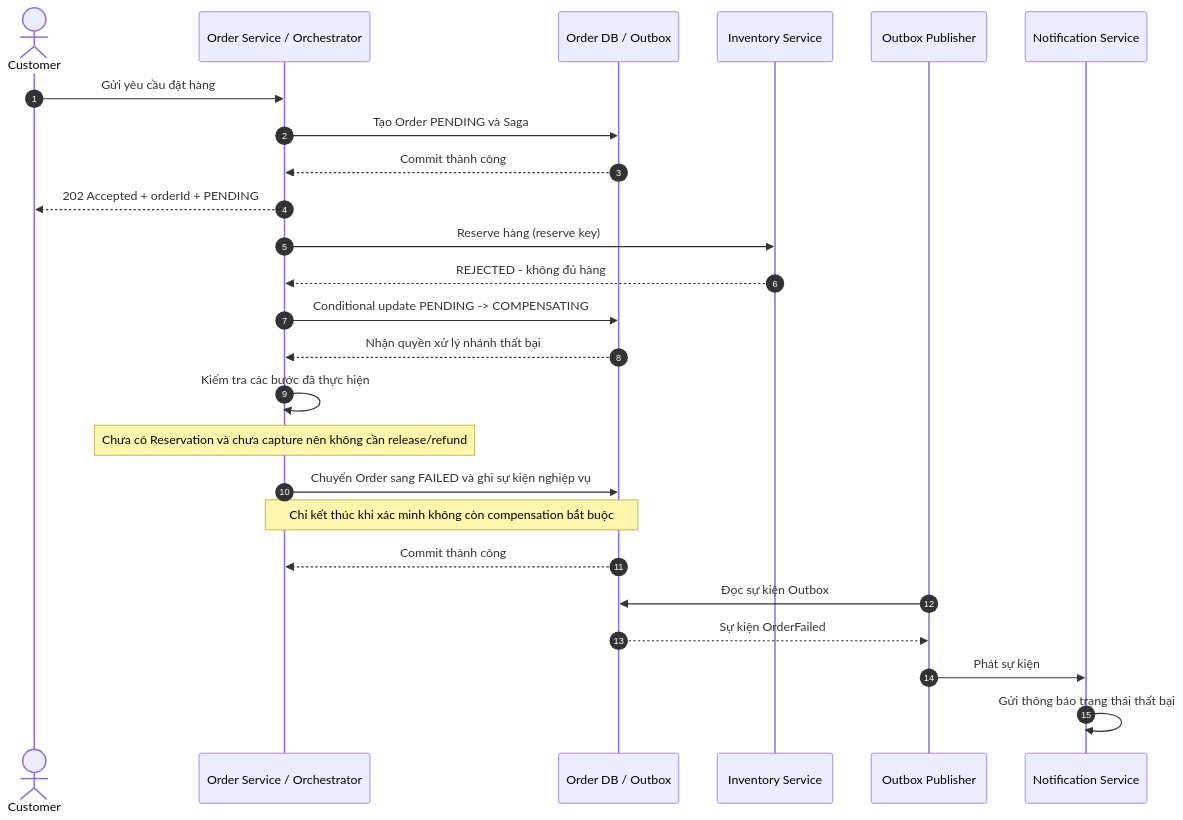
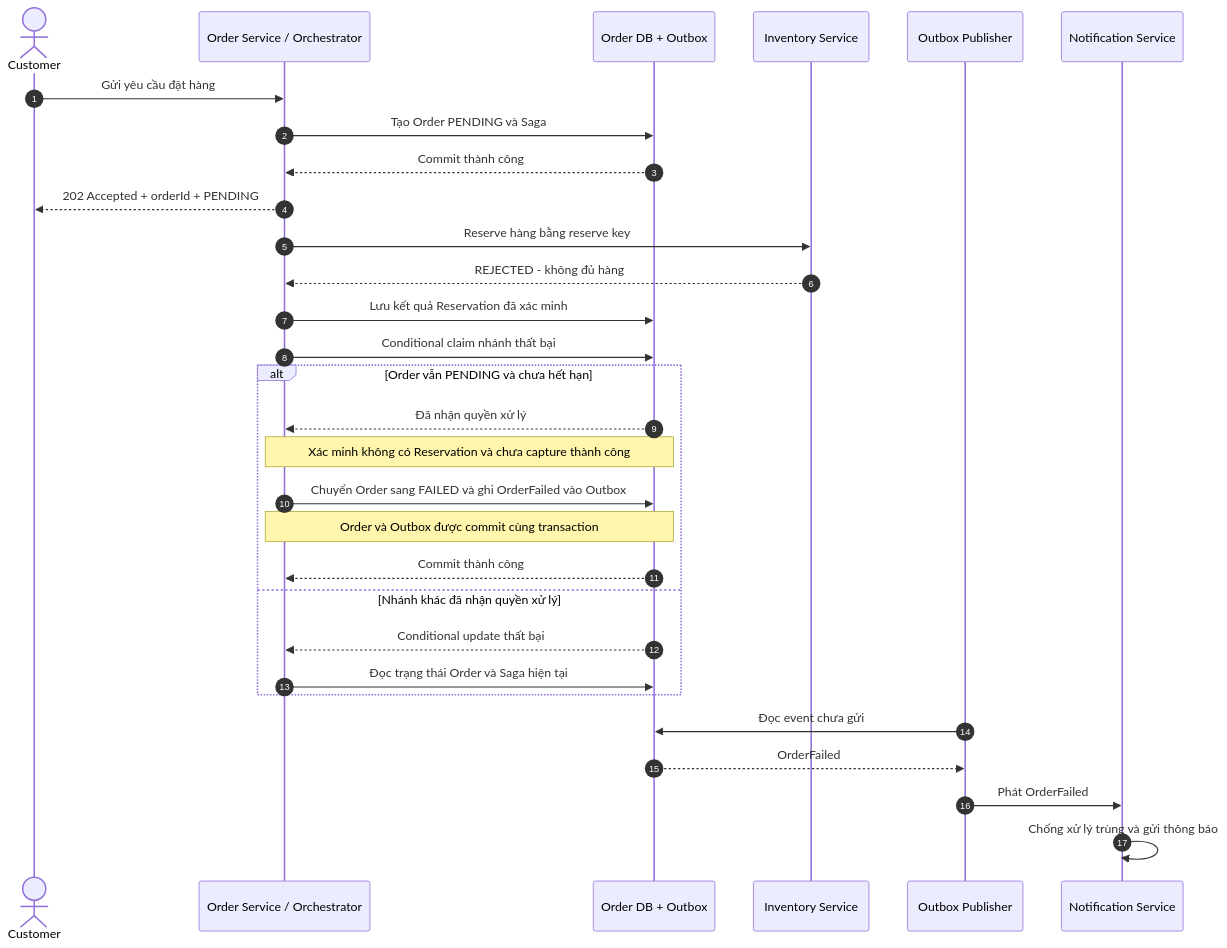
The second of 8 diagrams in docs/architecture/11-sequence-diagrams.md (nguyenthihuyenlinh236/SE2026-T02-Resilient-Order-Workflow), drawn with Mermaid before and after one commit. The commit also changed other lines of this file, not shown here.

````diff
--- a/docs/architecture/11-sequence-diagrams.md
+++ b/docs/architecture/11-sequence-diagrams.md
@@ -87,33 +104,36 @@
 ```mermaid
 sequenceDiagram
     autonumber
     actor C as Customer
     participant O as Order Service / Orchestrator
-    participant DB as Order DB / Outbox
+    participant DB as Order DB + Outbox
     participant I as Inventory Service
     participant PUB as Outbox Publisher
     participant N as Notification Service
 
     C->>O: Gửi yêu cầu đặt hàng
     O->>DB: Tạo Order PENDING và Saga
     DB-->>O: Commit thành công
     O-->>C: 202 Accepted + orderId + PENDING
 
-    O->>I: Reserve hàng (reserve key)
+    O->>I: Reserve hàng bằng reserve key
     I-->>O: REJECTED - không đủ hàng
+    O->>DB: Lưu kết quả Reservation đã xác minh
 
-    O->>DB: Conditional update PENDING -> COMPENSATING
-    DB-->>O: Nhận quyền xử lý nhánh thất bại
+    O->>DB: Conditional claim nhánh thất bại
+    alt Order vẫn PENDING và chưa hết hạn
+        DB-->>O: Đã nhận quyền xử lý
+        Note over O,DB: Xác minh không có Reservation và chưa capture thành công
+        O->>DB: Chuyển Order sang FAILED và ghi OrderFailed vào Outbox
+        Note over O,DB: Order và Outbox được commit cùng transaction
+        DB-->>O: Commit thành công
+    else Nhánh khác đã nhận quyền xử lý
+        DB-->>O: Conditional update thất bại
+        O->>DB: Đọc trạng thái Order và Saga hiện tại
+    end
 
-    O->>O: Kiểm tra các bước đã thực hiện
-    Note over O: Chưa có Reservation và chưa capture nên không cần release/refund
-
-    O->>DB: Chuyển Order sang FAILED và ghi sự kiện nghiệp vụ
-    Note over O,DB: Chỉ kết thúc khi xác minh không còn compensation bắt buộc
-    DB-->>O: Commit thành công
-
-    PUB->>DB: Đọc sự kiện Outbox
-    DB-->>PUB: Sự kiện OrderFailed
-    PUB->>N: Phát sự kiện
-    N->>N: Gửi thông báo trạng thái thất bại
+    PUB->>DB: Đọc event chưa gửi
+    DB-->>PUB: OrderFailed
+    PUB->>N: Phát OrderFailed
+    N->>N: Chống xử lý trùng và gửi thông báo
 ```
````
